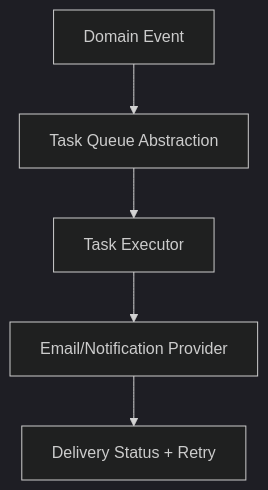
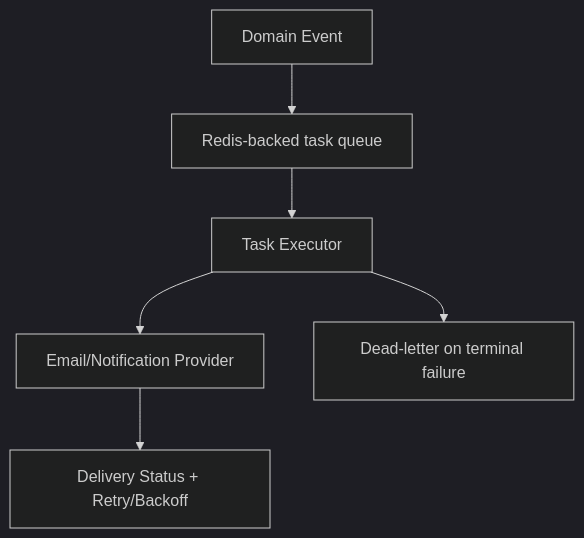
One commit to aakashhuda/launchpad changed the fourth of 4 diagrams in context/project-overview.md. Above: the diagram before and after it, drawn with Mermaid (dark theme). The commit also changed other lines of this file and 9 other files, not shown here.

````diff
--- a/context/project-overview.md
+++ b/context/project-overview.md
@@ -360,7 +434,8 @@
 ```mermaid
 flowchart TD
-  Event[Domain Event] --> Queue[Task Queue Abstraction]
+  Event[Domain Event] --> Queue[Redis-backed task queue]
   Queue --> Worker[Task Executor]
   Worker --> Provider[Email/Notification Provider]
-  Provider --> Status[Delivery Status + Retry]
+  Provider --> Status[Delivery Status + Retry/Backoff]
+  Worker --> DeadLetter[Dead-letter on terminal failure]
 ```
````
